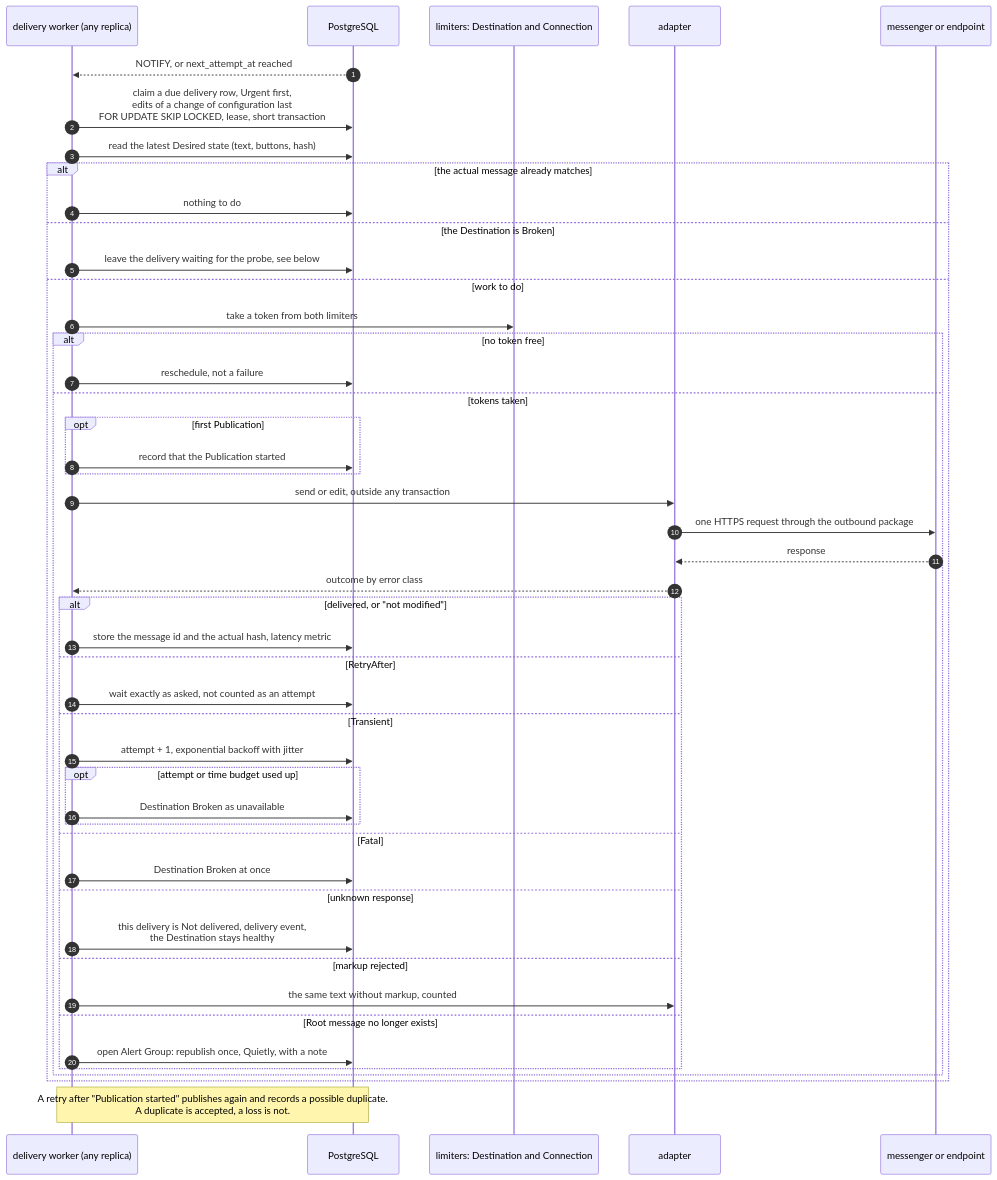
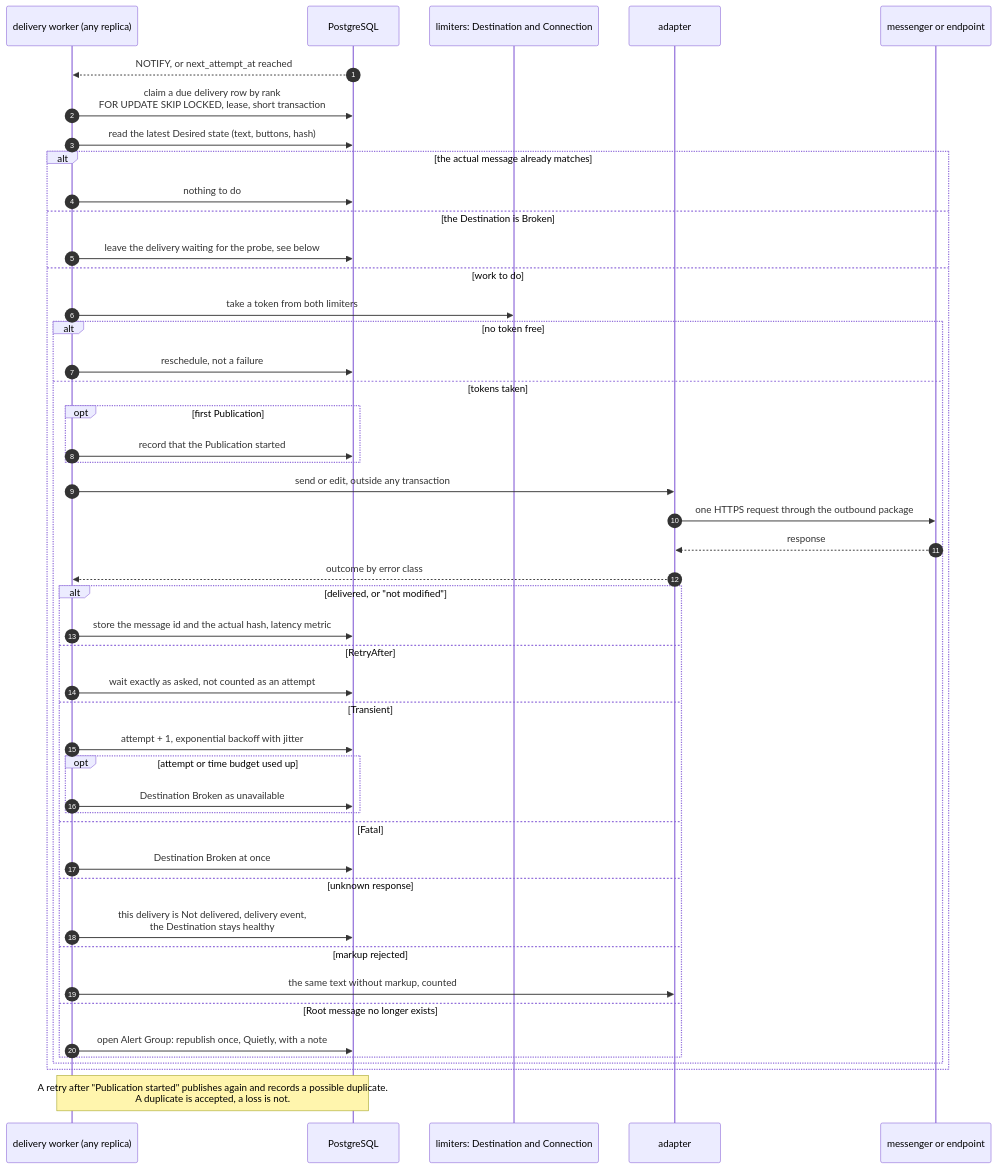
One commit to muster-io/muster changed diagram 13 of 29 in design/architecture.md. Above: the diagram before and after it, drawn with Mermaid. The commit also changed other lines of this file and 12 other files, not shown here.

Commit message:
fix(delivery): claim thread replies ahead of configuration edits (#539)

````diff
--- a/design/architecture.md
+++ b/design/architecture.md
@@ -846,50 +850,50 @@
 ```mermaid
 sequenceDiagram
     autonumber
     participant DW as delivery worker (any replica)
     participant DB as PostgreSQL
     participant LM as limiters: Destination and Connection
     participant AD as adapter
     participant MS as messenger or endpoint
 
     DB-->>DW: NOTIFY, or next_attempt_at reached
-    DW->>DB: claim a due delivery row, Urgent first,<br/>edits of a change of configuration last<br/>FOR UPDATE SKIP LOCKED, lease, short transaction
+    DW->>DB: claim a due delivery row by rank<br/>FOR UPDATE SKIP LOCKED, lease, short transaction
     DW->>DB: read the latest Desired state (text, buttons, hash)
     alt the actual message already matches
         DW->>DB: nothing to do
     else the Destination is Broken
         DW->>DB: leave the delivery waiting for the probe, see below
     else work to do
         DW->>LM: take a token from both limiters
         alt no token free
             DW->>DB: reschedule, not a failure
         else tokens taken
             opt first Publication
                 DW->>DB: record that the Publication started
             end
             DW->>AD: send or edit, outside any transaction
             AD->>MS: one HTTPS request through the outbound package
             MS-->>AD: response
             AD-->>DW: outcome by error class
             alt delivered, or "not modified"
                 DW->>DB: store the message id and the actual hash, latency metric
             else RetryAfter
                 DW->>DB: wait exactly as asked, not counted as an attempt
             else Transient
                 DW->>DB: attempt + 1, exponential backoff with jitter
                 opt attempt or time budget used up
                     DW->>DB: Destination Broken as unavailable
                 end
             else Fatal
                 DW->>DB: Destination Broken at once
             else unknown response
                 DW->>DB: this delivery is Not delivered, delivery event,<br/>the Destination stays healthy
             else markup rejected
                 DW->>AD: the same text without markup, counted
             else Root message no longer exists
                 DW->>DB: open Alert Group: republish once, Quietly, with a note
             end
         end
     end
     Note over DW,DB: A retry after "Publication started" publishes again and records a possible duplicate.<br/>A duplicate is accepted, a loss is not.
 ```
````
